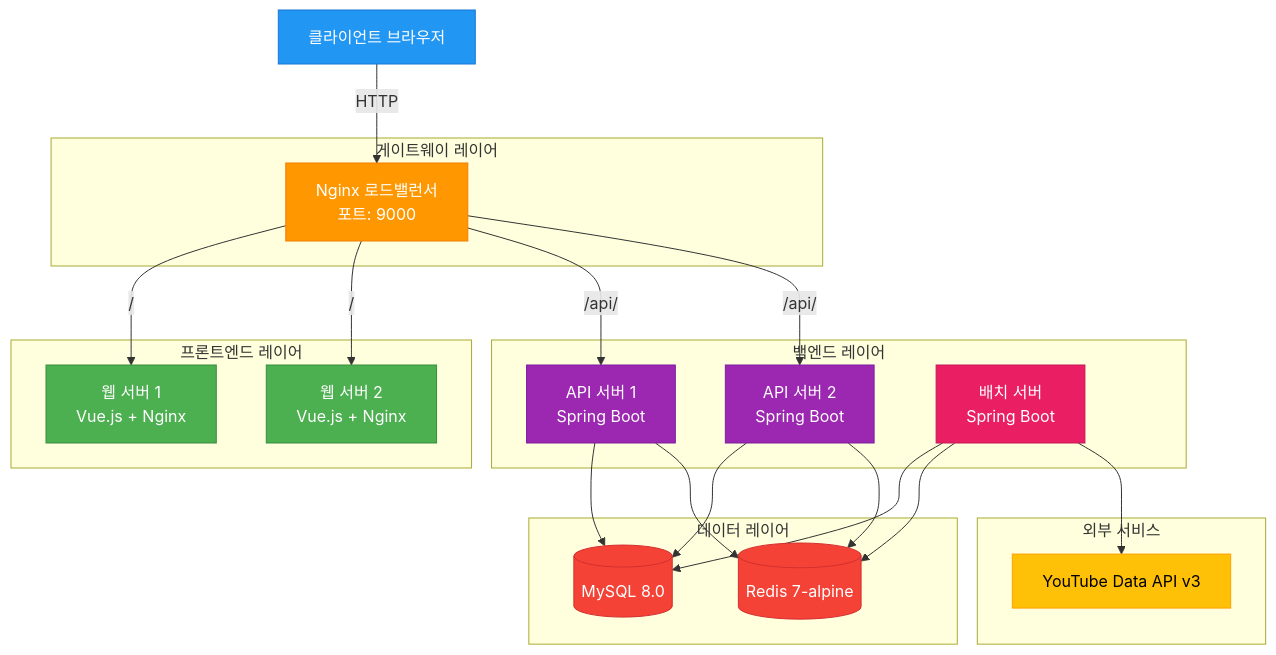
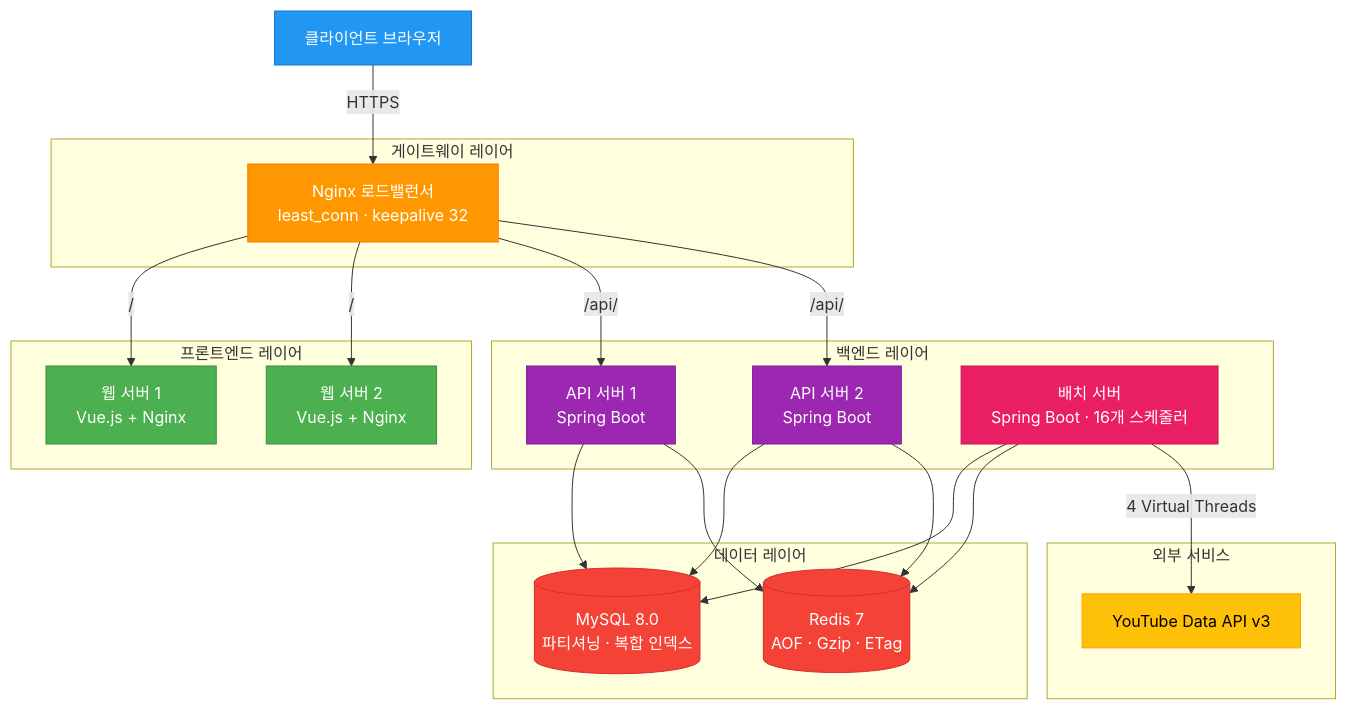
One commit to dakcoh/tubeten changed the first of 2 diagrams in README.md. Above: the diagram before and after it, drawn with Mermaid. The commit also changed other lines of this file, not shown here.

````diff
--- a/README.md
+++ b/README.md
@@ -68,45 +65,46 @@
 ```mermaid
 flowchart TB
     Client[클라이언트 브라우저]
-    
+
     subgraph Gateway["게이트웨이 레이어"]
-        LB["Nginx 로드밸런서<br/>포트: 9000"]
+        LB["Nginx 로드밸런서<br/>least_conn · keepalive 32"]
     end
-    
+
     subgraph Frontend["프론트엔드 레이어"]
         Web1[웹 서버 1<br/>Vue.js + Nginx]
         Web2[웹 서버 2<br/>Vue.js + Nginx]
     end
-    
+
     subgraph Backend["백엔드 레이어"]
         API1[API 서버 1<br/>Spring Boot]
         API2[API 서버 2<br/>Spring Boot]
-        Batch[배치 서버<br/>Spring Boot]
+        Batch[배치 서버<br/>Spring Boot · 16개 스케줄러]
     end
-    
+
     subgraph Data["데이터 레이어"]
-        MySQL[(MySQL 8.0)]
-        Redis[(Redis 7-alpine)]
+        MySQL[(MySQL 8.0<br/>파티셔닝 · 복합 인덱스)]
+        Redis[(Redis 7<br/>AOF · Gzip · ETag)]
     end
-    
+
     subgraph External["외부 서비스"]
         YouTube[YouTube Data API v3]
     end
-    
-    Client -->|HTTP| LB
+
+    Client -->|HTTPS| LB
     LB -->|/| Web1 & Web2
     LB -->|/api/| API1 & API2
     API1 & API2 --> MySQL & Redis
-    Batch --> MySQL & Redis & YouTube
-    
+    Batch --> MySQL & Redis
+    Batch -->|4 Virtual Threads| YouTube
+
     style Client fill:#2196F3,stroke:#1976D2,color:#fff
     style LB fill:#FF9800,stroke:#F57C00,color:#fff
     style Web1 fill:#4CAF50,stroke:#388E3C,color:#fff
     style Web2 fill:#4CAF50,stroke:#388E3C,color:#fff
     style API1 fill:#9C27B0,stroke:#7B1FA2,color:#fff
     style API2 fill:#9C27B0,stroke:#7B1FA2,color:#fff
     style Batch fill:#E91E63,stroke:#C2185B,color:#fff
     style MySQL fill:#F44336,stroke:#D32F2F,color:#fff
     style Redis fill:#F44336,stroke:#D32F2F,color:#fff
     style YouTube fill:#FFC107,stroke:#FFA000,color:#000
 ```
````
